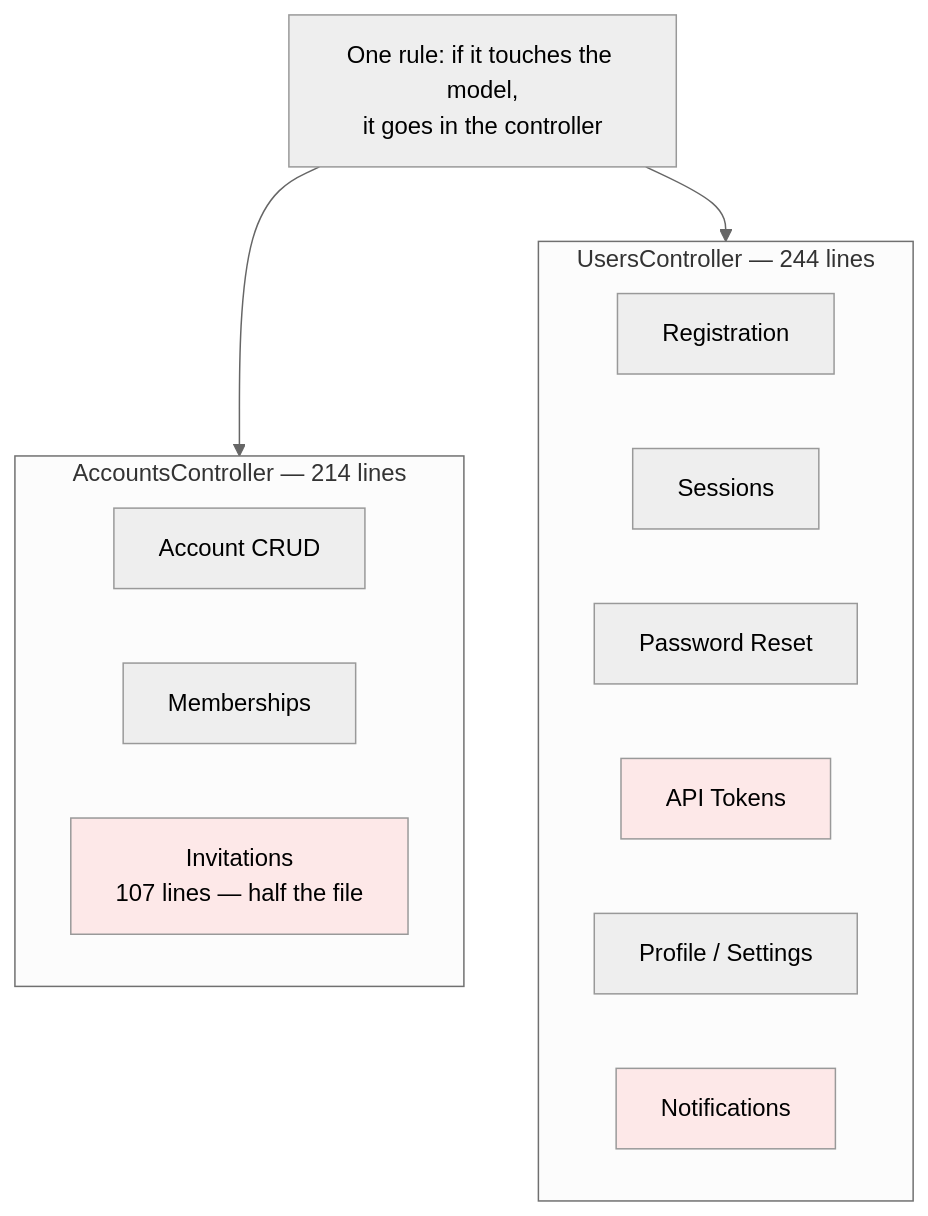
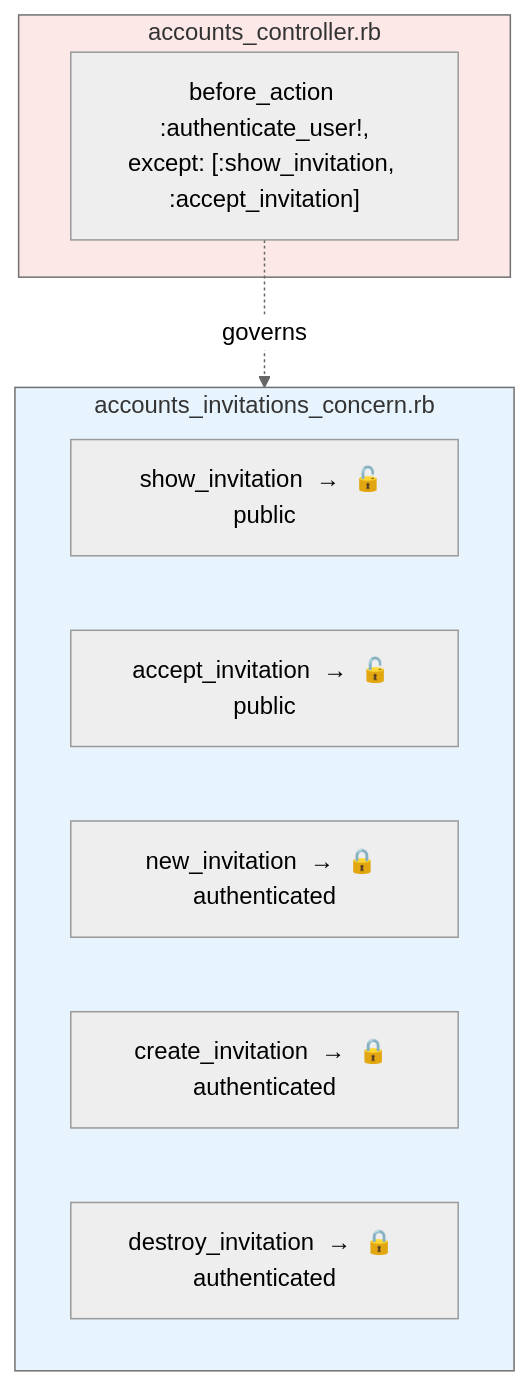
The first of 2 diagrams in README.md (railswhey/app), drawn with Mermaid (neutral theme) before and after one commit. The commit also changed other lines of this file and 19 other files, not shown here.

````diff
--- a/README.md
+++ b/README.md
@@ -80,25 +86,19 @@
 ```mermaid
-flowchart TD
-  Rule["One rule: if it touches the model,<br/>it goes in the controller"]
-
-  Rule --> AC & UC
-
-  subgraph AC["AccountsController — 214 lines"]
-    A1["Account CRUD"]
-    A2["Memberships"]
-    A3["Invitations<br/>107 lines — half the file"]
+flowchart TB
+  subgraph Controller["accounts_controller.rb"]
+    BA["before_action :authenticate_user!,<br/>except: [:show_invitation, :accept_invitation]"]
   end
 
-  subgraph UC["UsersController — 244 lines"]
-    U1["Registration"]
-    U2["Sessions"]
-    U3["Password Reset"]
-    U4["API Tokens"]
-    U5["Profile / Settings"]
-    U6["Notifications"]
+  subgraph Concern["accounts_invitations_concern.rb"]
+    A1["show_invitation  →  🔓 public"]
+    A2["accept_invitation  →  🔓 public"]
+    A3["new_invitation  →  🔒 authenticated"]
+    A4["create_invitation  →  🔒 authenticated"]
+    A5["destroy_invitation  →  🔒 authenticated"]
   end
 
-  style A3 fill:#fde8e8
-  style U4 fill:#fde8e8
-  style U6 fill:#fde8e8
+  BA -.->|"governs"| Concern
+
+  style Controller fill:#fde8e8
+  style Concern fill:#e8f4fd
 ```
````
